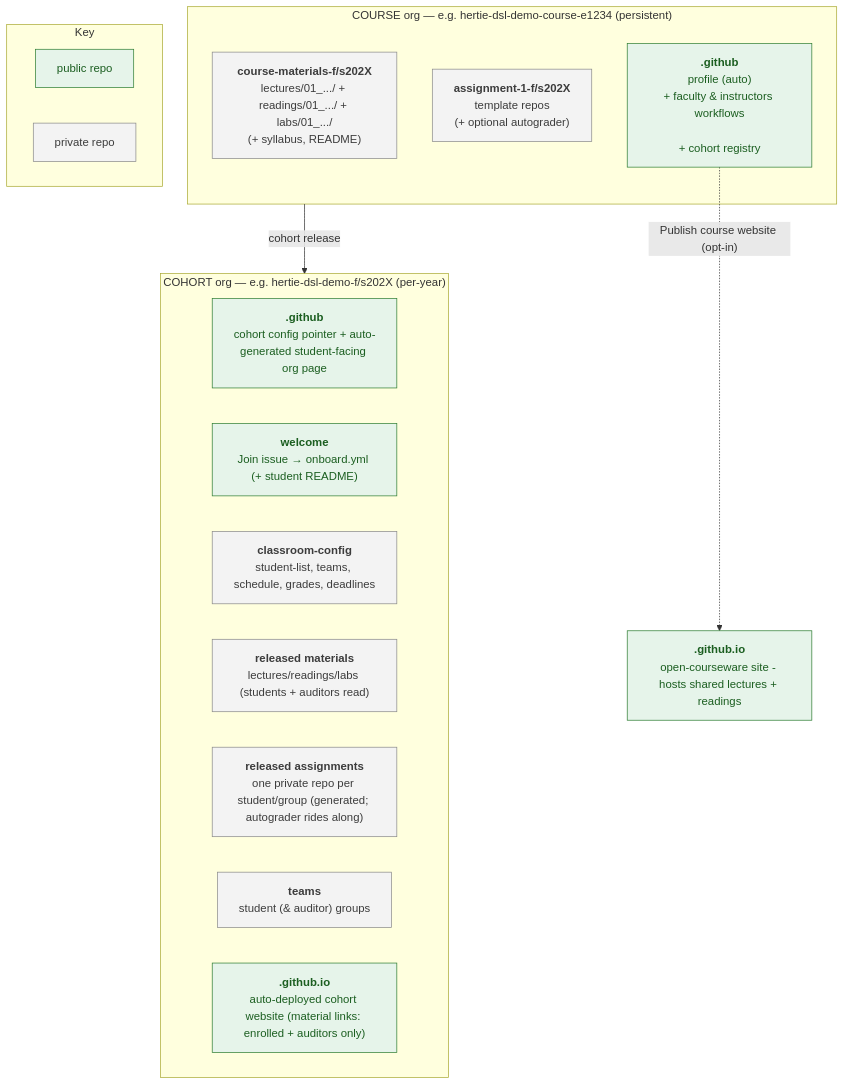
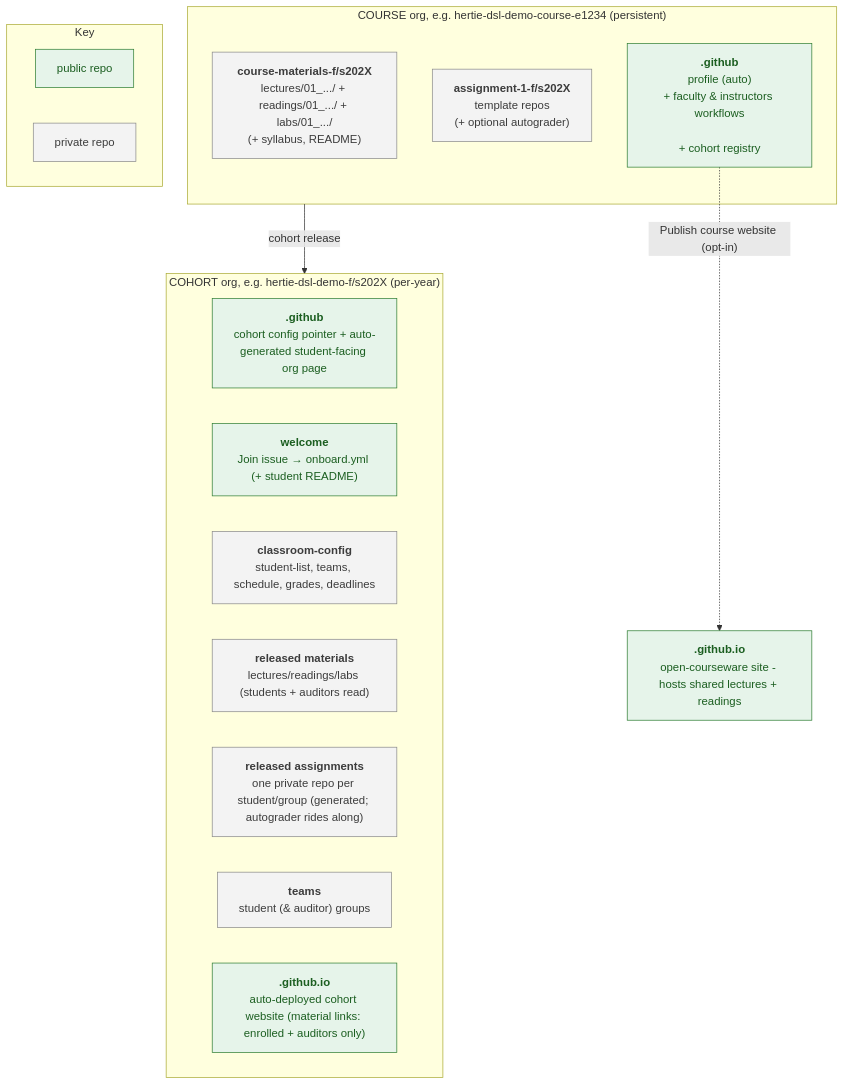
Before and after one commit to hertie-data-science-lab/dsl-teaching-toolkit: the diagram in README.md, drawn with Mermaid.

Commit message:
docs(readme): drop the em dashes from the diagram labels

````diff
--- a/README.md
+++ b/README.md
@@ -37,63 +37,63 @@
 ```mermaid
 flowchart TB
-  subgraph COURSE["COURSE org — e.g. hertie-dsl-demo-course-e1234 (persistent)"]
+  subgraph COURSE["COURSE org, e.g. hertie-dsl-demo-course-e1234 (persistent)"]
     mat["`**course-materials-f/s202X**
 
 lectures/01_.../ + readings/01_.../ + labs/01_.../
 
 (+ syllabus, README)`"]
     tmpl["`**assignment-1-f/s202X**
 
 template repos
 
 (+ optional autograder)`"]
     gh["`**.github**
 
 profile (auto)
 
 + faculty & instructors workflows
 
 + cohort registry`"]
   end
 
-  subgraph COHORT["COHORT org — e.g. hertie-dsl-demo-f/s202X (per-year)"]
+  subgraph COHORT["COHORT org, e.g. hertie-dsl-demo-f/s202X (per-year)"]
     cgh["`**.github**
 
 cohort config pointer + auto-generated student-facing org page`"]
     welcome["`**welcome**
 
 Join issue → onboard.yml (+ student README)`"]
     cfg["`**classroom-config**
 
 student-list, teams, schedule, grades, deadlines`"]
     cmat["`**released materials**
 
 lectures/readings/labs (students + auditors read)`"]
     repos["`**released assignments**
 
 one private repo per student/group (generated; autograder rides along)`"]
     team["`**teams**
 
 student (& auditor) groups`"]
     site["`**<cohort>.github.io**
 
 auto-deployed cohort website (material links: enrolled + auditors only)`"]
   end
 
   pub["`**<course-org>.github.io**
 
 open-courseware site - hosts shared lectures + readings`"]
 
   COURSE -->|"cohort release"| COHORT
   gh -.->|"Publish course website (opt-in)"| pub
 
   subgraph KEY["Key"]
     keypub["public repo"]
     keypriv["private repo"]
   end
 
   classDef public fill:#e6f4ea,stroke:#2e7d32,color:#1b5e20;
   classDef private fill:#f3f3f3,stroke:#8a8a8a,color:#3c3c3c;
   class gh,cgh,welcome,site,pub,keypub public;
   class mat,tmpl,cfg,cmat,repos,team,keypriv private;
 ```
````
